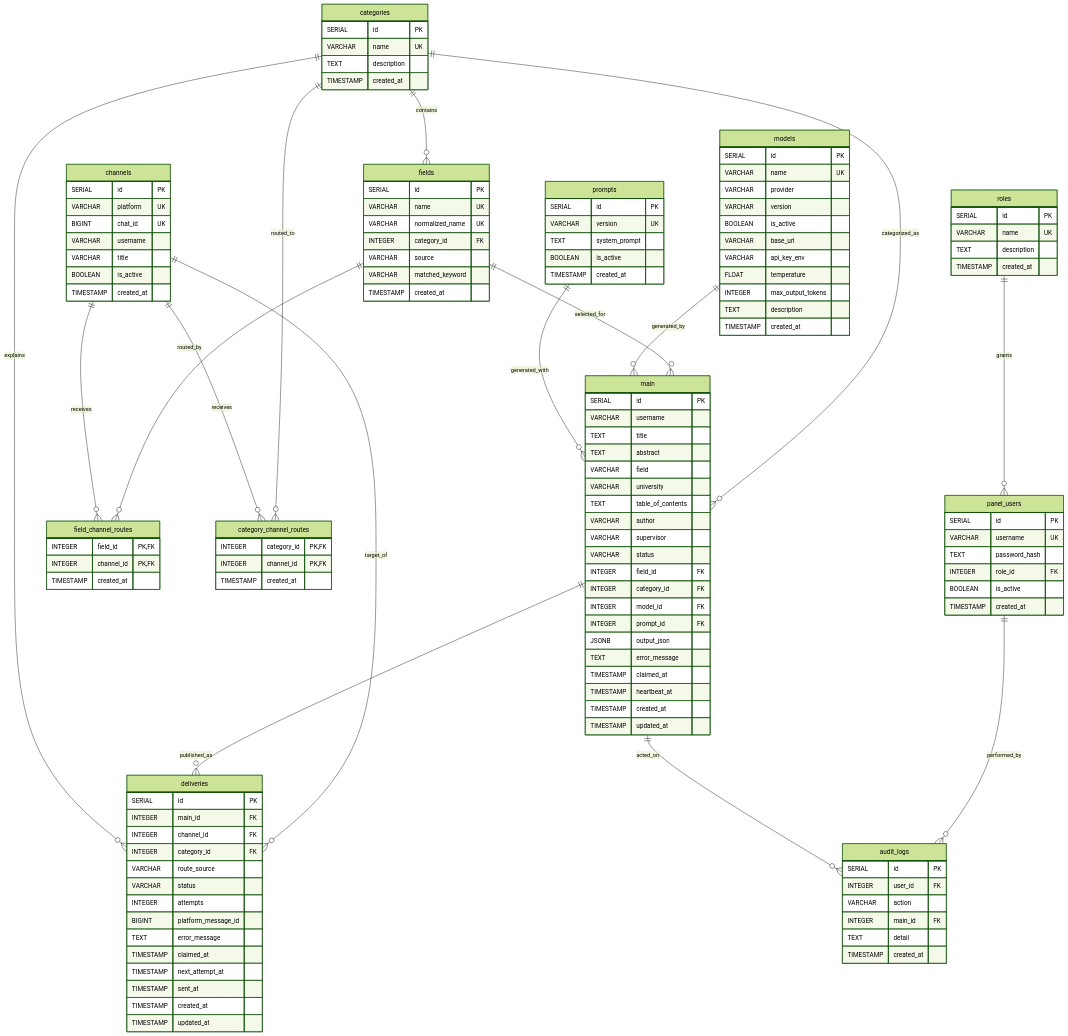
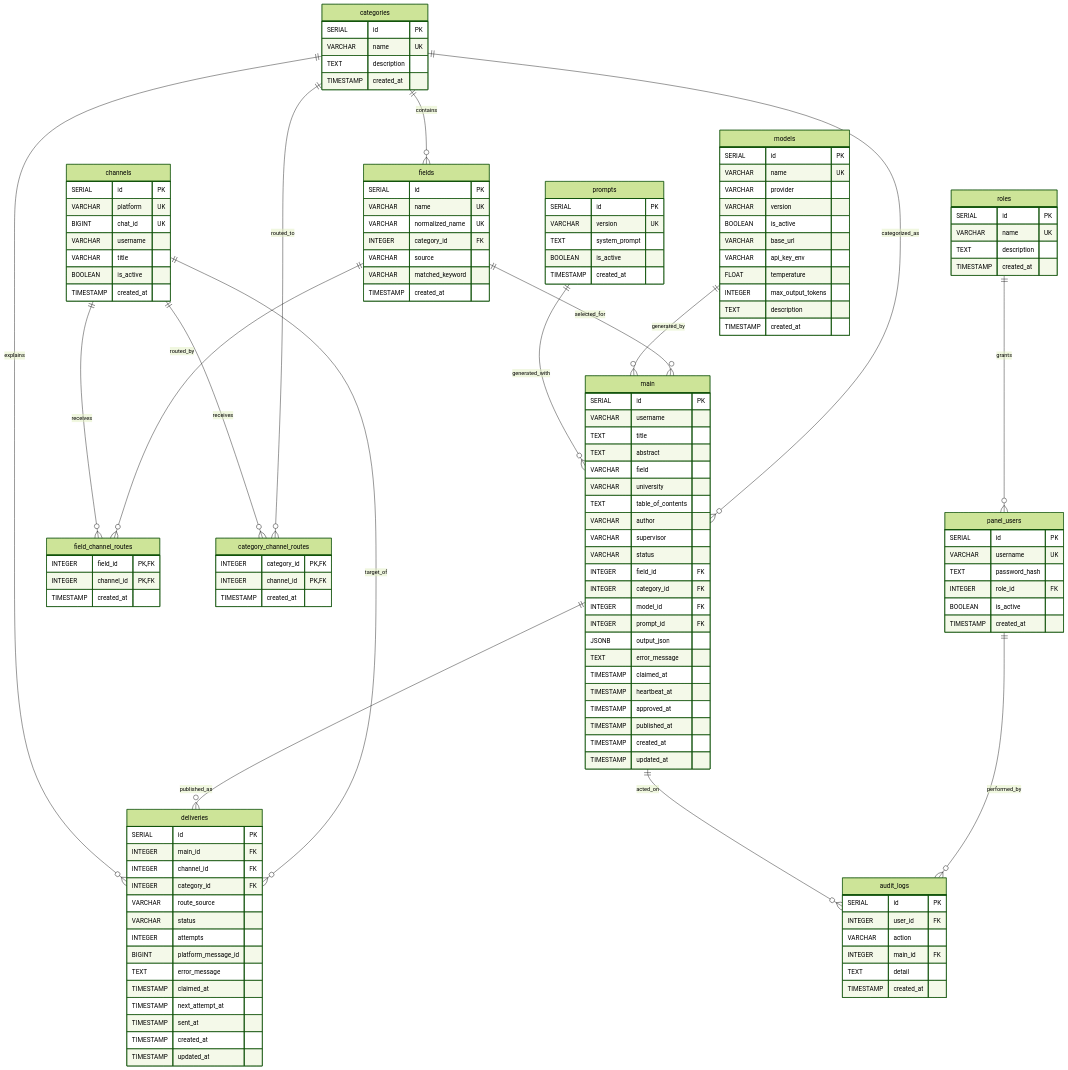
One commit to MohadeseAnsari/project changed the diagram in docs/erd.md. Above: the diagram before and after it, drawn with Mermaid (forest theme). The commit also changed other lines of this file and 2 other files, not shown here.

First line of the commit message:
feat(db): approved/published timestamps on records

```diff
--- a/docs/erd.md
+++ b/docs/erd.md
@@ -76,6 +76,8 @@
         TEXT error_message
         TIMESTAMP claimed_at
         TIMESTAMP heartbeat_at
+        TIMESTAMP approved_at
+        TIMESTAMP published_at
         TIMESTAMP created_at
         TIMESTAMP updated_at
     }
```
